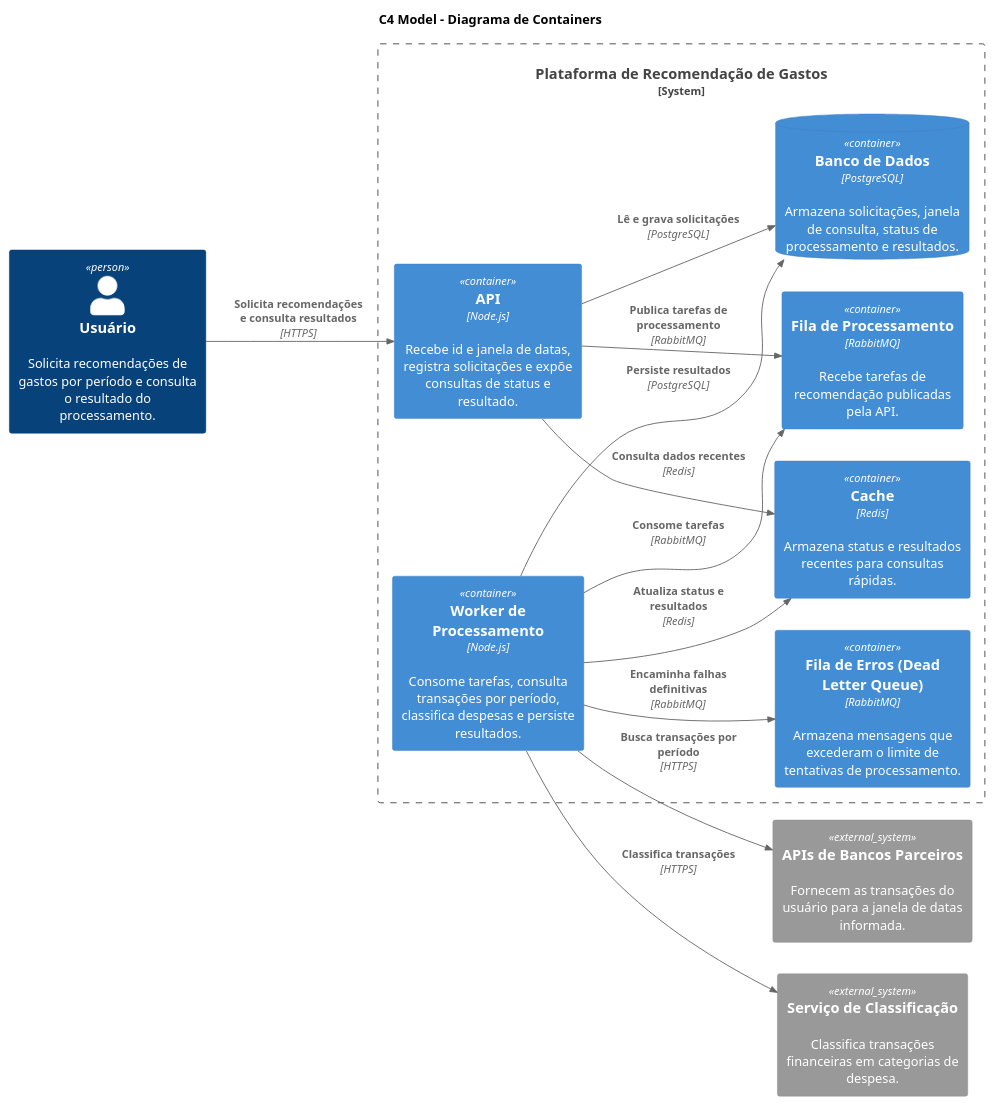
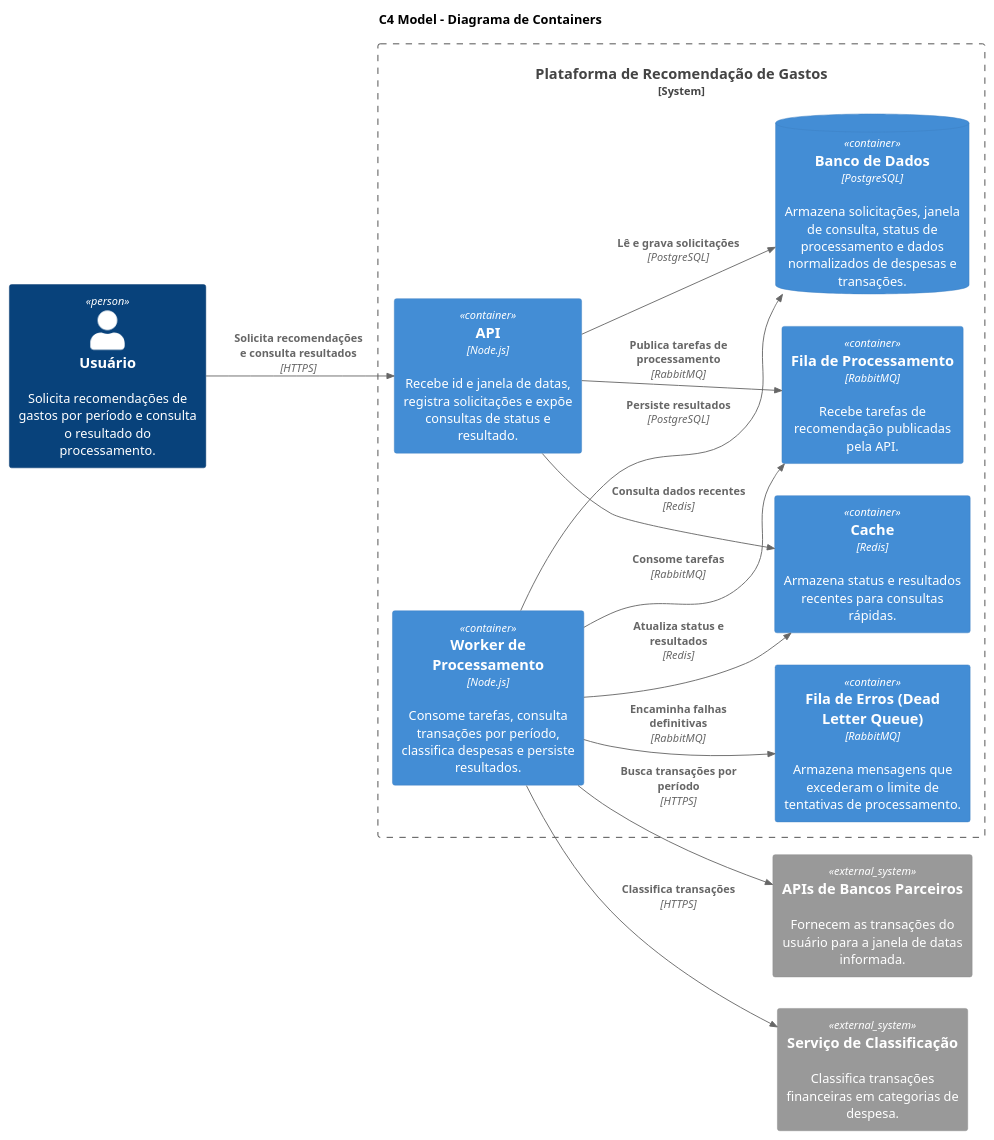
Before and after one commit to nelsera/idwall-desafio-arquitetura: the diagram in 2__diagramas/2.2__c4-containers.puml, drawn with PlantUML. The commit also changed 12 other files, not shown here.

Commit message:
feat(worker): padronizar mapeamento de categorias no processamento de transações

```diff
--- a/2__diagramas/2.2__c4-containers.puml
+++ b/2__diagramas/2.2__c4-containers.puml
@@ -1,46 +1,46 @@
 @startuml c4-containers
 !includeurl https://raw.githubusercontent.com/plantuml-stdlib/C4-PlantUML/master/C4_Container.puml
 
 LAYOUT_LEFT_RIGHT()
 
 title C4 Model - Diagrama de Containers
 
 ' Atores
 Person(usuario, "Usuário", "Solicita recomendações de gastos por período e consulta o resultado do processamento.")
 
 ' Sistema principal
 System_Boundary(sistema, "Plataforma de Recomendação de Gastos") {
 
   ' Containers
   Container(api, "API", "Node.js", "Recebe id e janela de datas, registra solicitações e expõe consultas de status e resultado.")
 
   Container(fila, "Fila de Processamento", "RabbitMQ", "Recebe tarefas de recomendação publicadas pela API.")
 
   Container(dlq, "Fila de Erros (Dead Letter Queue)", "RabbitMQ", "Armazena mensagens que excederam o limite de tentativas de processamento.")
 
   Container(worker, "Worker de Processamento", "Node.js", "Consome tarefas, consulta transações por período, classifica despesas e persiste resultados.")
 
-  ContainerDb(db, "Banco de Dados", "PostgreSQL", "Armazena solicitações, janela de consulta, status de processamento e resultados.")
+  ContainerDb(db, "Banco de Dados", "PostgreSQL", "Armazena solicitações, janela de consulta, status de processamento e dados normalizados de despesas e transações.")
 
   Container(cache, "Cache", "Redis", "Armazena status e resultados recentes para consultas rápidas.")
 }
 
 ' Sistemas externos
 System_Ext(bancos, "APIs de Bancos Parceiros", "Fornecem as transações do usuário para a janela de datas informada.")
 System_Ext(ml, "Serviço de Classificação", "Classifica transações financeiras em categorias de despesa.")
 
 ' Relacionamentos
 Rel(usuario, api, "Solicita recomendações e consulta resultados", "HTTPS")
 
 Rel(api, fila, "Publica tarefas de processamento", "RabbitMQ")
 Rel(api, db, "Lê e grava solicitações", "PostgreSQL")
 Rel(api, cache, "Consulta dados recentes", "Redis")
 
 Rel(worker, fila, "Consome tarefas", "RabbitMQ")
 Rel(worker, dlq, "Encaminha falhas definitivas", "RabbitMQ")
 Rel(worker, bancos, "Busca transações por período", "HTTPS")
 Rel(worker, ml, "Classifica transações", "HTTPS")
 Rel(worker, db, "Persiste resultados", "PostgreSQL")
 Rel(worker, cache, "Atualiza status e resultados", "Redis")
 
 @enduml
```
